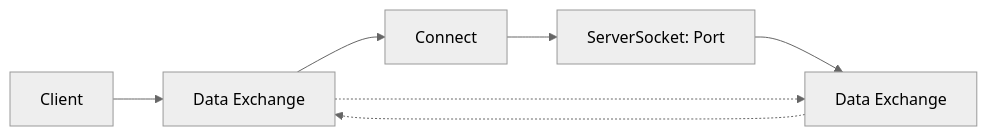
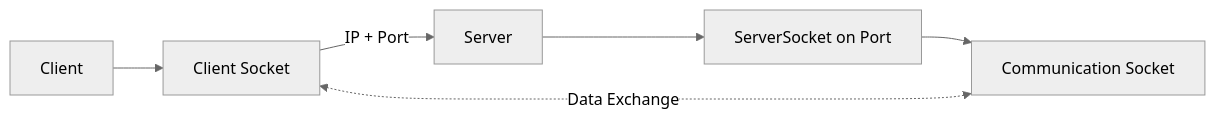
The eighth of 17 diagrams in notes/ajp.md (iAMv1/notes), drawn with Mermaid (neutral theme) before and after one commit. The commit also changed other lines of this file and 1 other file, not shown here.

Commit message:
Fix mermaid diagram syntax in ajp.md and improve converter error handling

````diff
--- a/notes/ajp.md
+++ b/notes/ajp.md
@@ -1191,9 +1191,8 @@
 ```mermaid
 flowchart LR
-    A[Client] --> B[Socket: IP, Port]
-    C[Server] --> D[ServerSocket: Port]
-    B --> C[Connect]
+    A[Client] --> B[Client Socket]
+    B -->|IP + Port| C[Server]
+    C --> D[ServerSocket on Port]
     D --> E[Communication Socket]
-    E -.-> B[Data Exchange]
-    B -.-> E[Data Exchange]
+    E <-.->|Data Exchange| B
 ```
````
